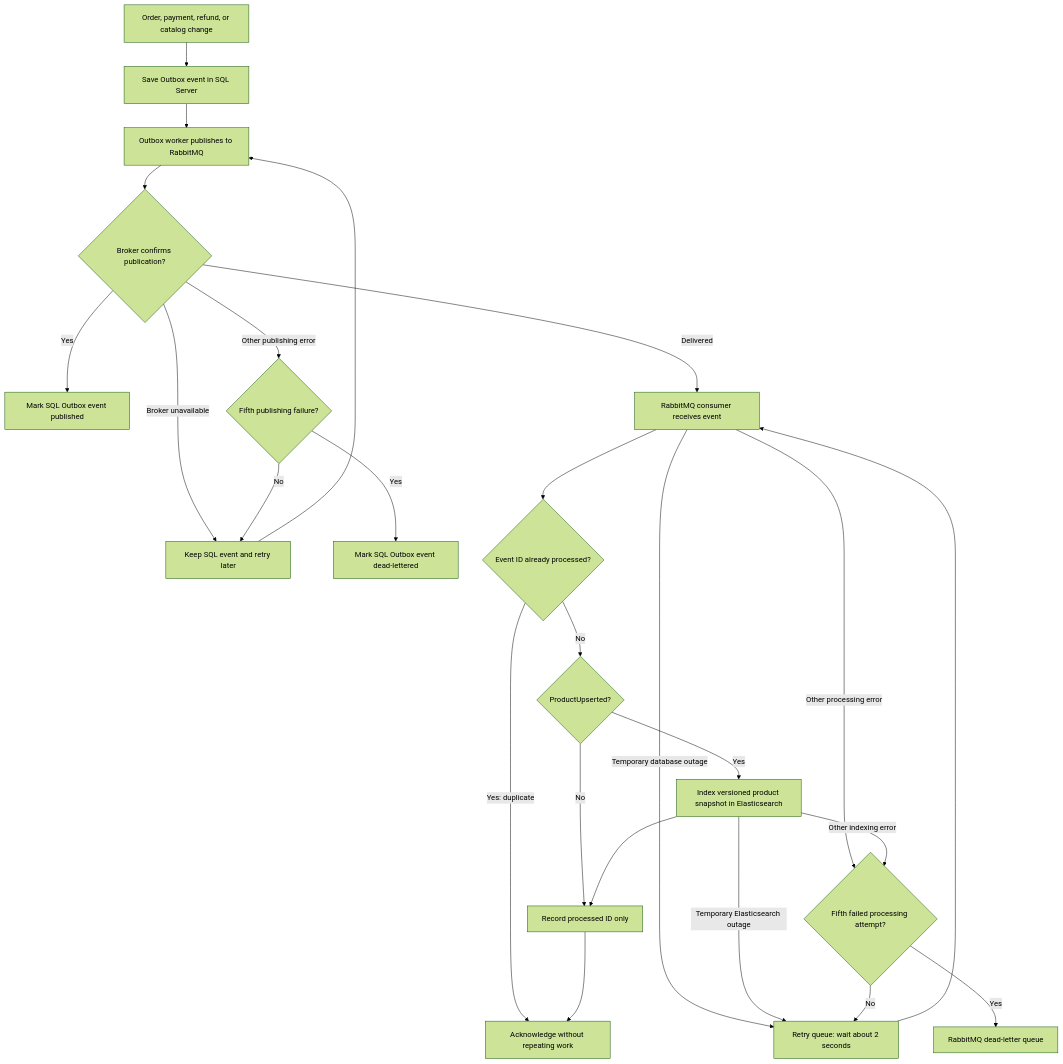
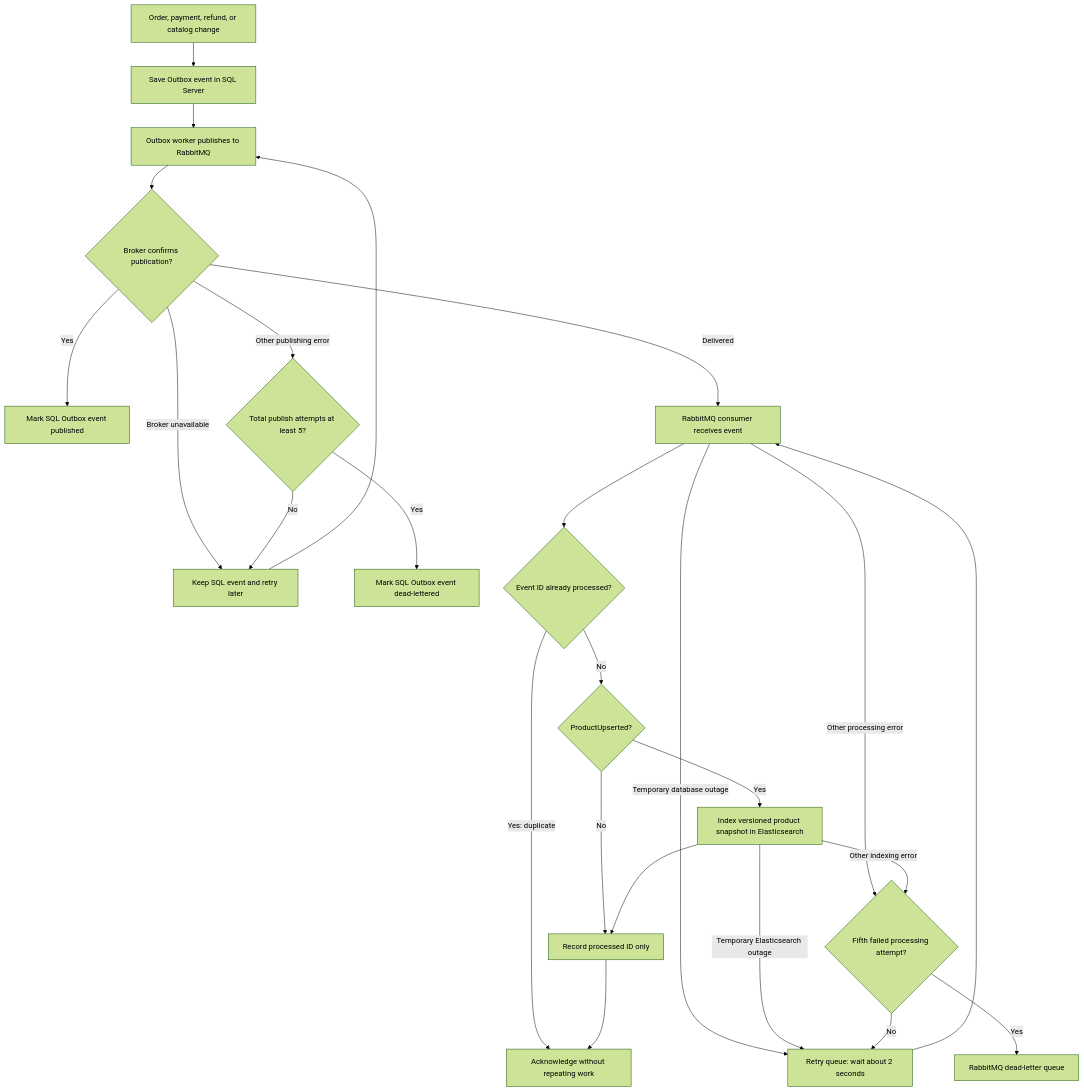
The fifth of 6 diagrams in docs/workflows.md (turingzhi/ecommerce), drawn with Mermaid (forest theme) before and after one commit. The commit also changed other lines of this file and 30 other files, not shown here.

````diff
--- a/docs/workflows.md
+++ b/docs/workflows.md
@@ -78,27 +106,27 @@
 ```mermaid
 flowchart TD
     A[Order, payment, refund, or catalog change] --> B[Save Outbox event in SQL Server]
     B --> C[Outbox worker publishes to RabbitMQ]
     C --> D{Broker confirms publication?}
     D -->|Yes| E[Mark SQL Outbox event published]
     D -->|Delivered| G[RabbitMQ consumer receives event]
     D -->|Broker unavailable| F[Keep SQL event and retry later]
     F --> C
-    D -->|Other publishing error| O{Fifth publishing failure?}
+    D -->|Other publishing error| O{Total publish attempts at least 5?}
     O -->|No| F
     O -->|Yes| Q[Mark SQL Outbox event dead-lettered]
     G --> H{Event ID already processed?}
     H -->|Yes: duplicate| I[Acknowledge without repeating work]
     H -->|No| J{ProductUpserted?}
     J -->|Yes| K[Index versioned product snapshot in Elasticsearch]
     J -->|No| L[Record processed ID only]
     K --> L
     L --> I
     G -->|Temporary database outage| R[Retry queue: wait about 2 seconds]
     K -->|Temporary Elasticsearch outage| R
     R --> G
     G -->|Other processing error| S{Fifth failed processing attempt?}
     K -->|Other indexing error| S
     S -->|No| R
     S -->|Yes| T[RabbitMQ dead-letter queue]
 ```
````
